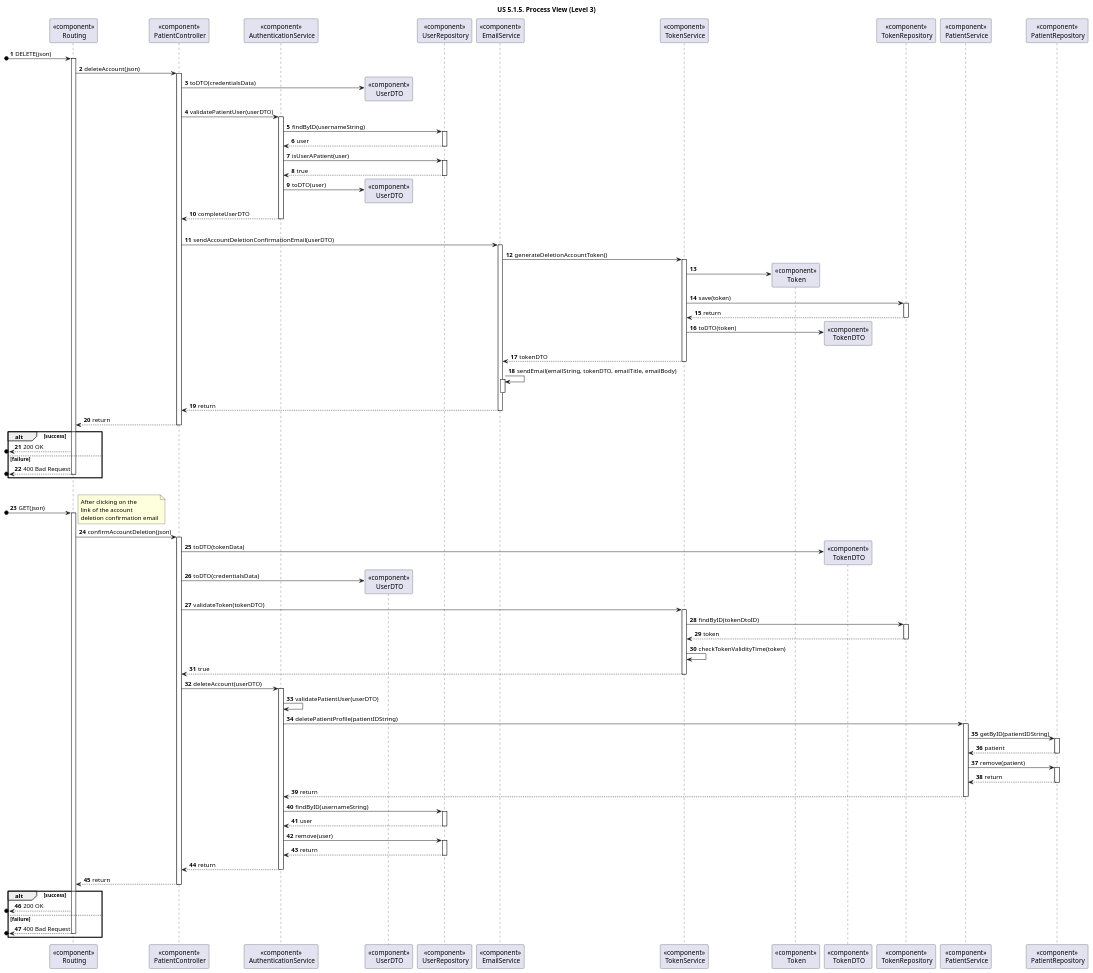
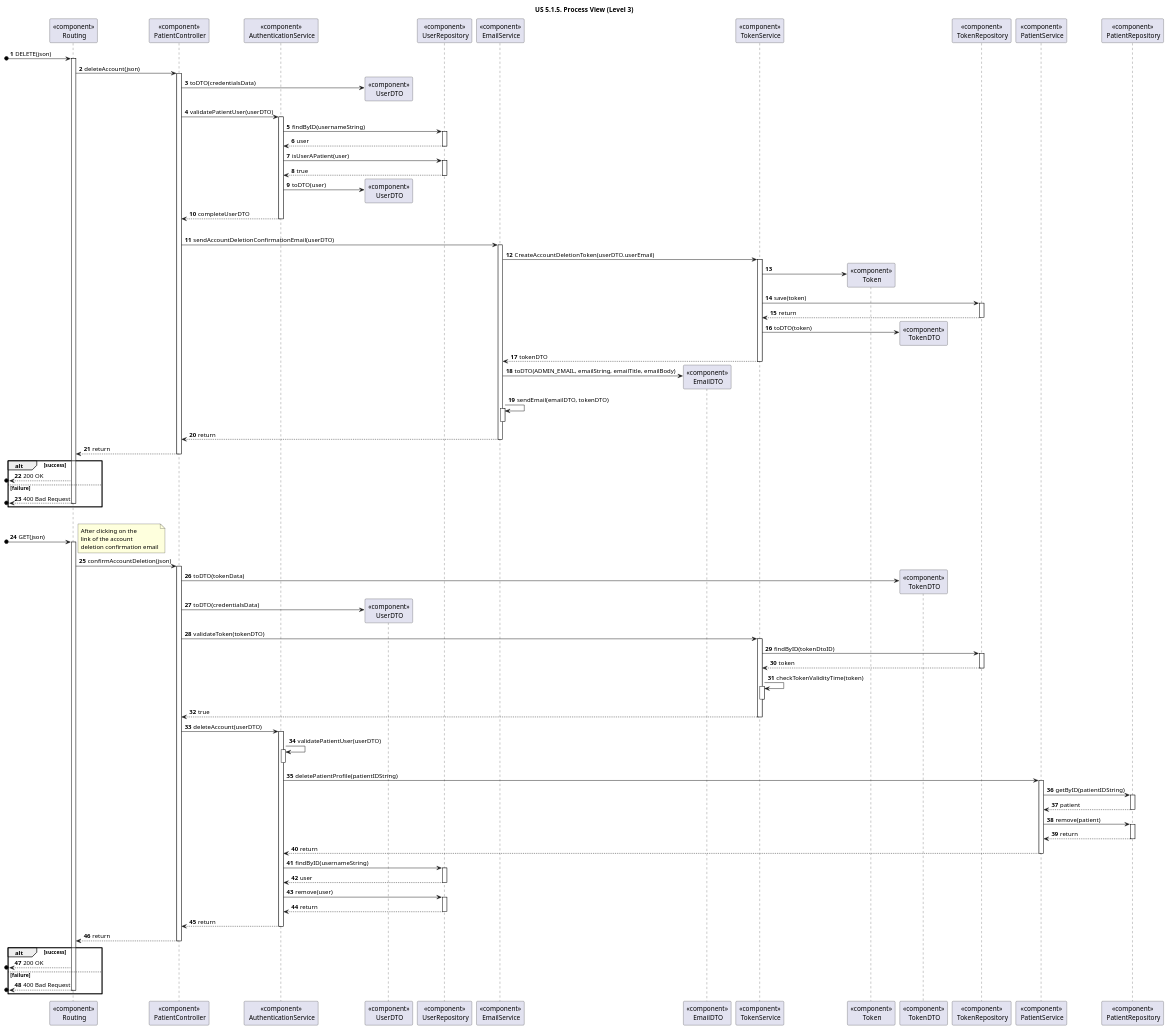
The diagram in docs/sprint-1/1220683/us-5.1.5/diagrams/Process_View/Level-3/us5-process-view-lvl3.puml (rita-barbosa/LAPR5-2425), drawn with PlantUML before and after one commit. The commit also changed 2 other files, not shown here.

Commit message:
DG38-4 | docs: diagrams corrections

```diff
--- a/docs/sprint-1/1220683/us-5.1.5/diagrams/Process_View/Level-3/us5-process-view-lvl3.puml
+++ b/docs/sprint-1/1220683/us-5.1.5/diagrams/Process_View/Level-3/us5-process-view-lvl3.puml
@@ -1,184 +1,192 @@
 @startuml
 'https://plantuml.com/sequence-diagram
 
 title "US 5.1.5. Process View (Level 3)"
 
 autonumber
 
 participant "<<component>>\n Routing" as ROUTE
 participant "<<component>>\n PatientController" as CONTROL
 
 participant "<<component>>\n AuthenticationService" as AUTHServ
 
 participant "<<component>>\n UserDTO" as UserDTO
 
 participant "<<component>>\n UserRepository" as AUTHRepo
 
 participant "<<component>>\n EmailService" as EMAILServ
+participant "<<component>>\n EmailDTO" as EmailDTO
 
 participant "<<component>>\n TokenService" as TOKENServ
 participant "<<component>>\n Token" as TOKEN
 participant "<<component>>\n TokenDTO" as TokenDTO
 participant "<<component>>\n TokenRepository" as TOKENRepo
 
 participant "<<component>>\n PatientService" as PATIENTServ
 participant "<<component>>\n PatientRepository" as PATIENTRepo
 
 
 [o-> ROUTE : DELETE(json)
 activate ROUTE
 
 ROUTE -> CONTROL : deleteAccount(json)
 activate CONTROL
 
 CONTROL -> UserDTO** : toDTO(credentialsData)
 
 CONTROL -> AUTHServ : validatePatientUser(userDTO)
 activate AUTHServ
+
 
 AUTHServ -> AUTHRepo : findByID(usernameString)
 activate AUTHRepo
 
 
 AUTHRepo --> AUTHServ : user
 deactivate AUTHRepo
 
 AUTHServ -> AUTHRepo : isUserAPatient(user)
 activate AUTHRepo
 
 AUTHRepo --> AUTHServ : true
 deactivate AUTHRepo
 
 AUTHServ -> UserDTO ** : toDTO(user)
 
 AUTHServ --> CONTROL : completeUserDTO
 deactivate AUTHServ
 
 |||
 'SENDING EMAIL
 
 CONTROL -> EMAILServ : sendAccountDeletionConfirmationEmail(userDTO)
 activate EMAILServ
 
-EMAILServ -> TOKENServ : generateDeletionAccountToken()
+EMAILServ -> TOKENServ : CreateAccountDeletionToken(userDTO.userEmail)
 activate TOKENServ
 
 TOKENServ -> TOKEN **
 
 TOKENServ -> TOKENRepo : save(token)
 activate TOKENRepo
 
 
 TOKENRepo --> TOKENServ : return
 deactivate TOKENRepo
 
 TOKENServ -> TokenDTO ** : toDTO(token)
 
 TOKENServ --> EMAILServ : tokenDTO
 deactivate TOKENServ
 
-EMAILServ -> EMAILServ : sendEmail(emailString, tokenDTO, emailTitle, emailBody)
+EMAILServ -> EmailDTO ** : toDTO(ADMIN_EMAIL, emailString, emailTitle, emailBody)
+
+EMAILServ -> EMAILServ : sendEmail(emailDTO, tokenDTO)
 activate EMAILServ
 deactivate EMAILServ
 
 
 EMAILServ --> CONTROL : return
 deactivate EMAILServ
 
 CONTROL --> ROUTE : return
 deactivate CONTROL
 
 alt success
 [o<-- ROUTE : 200 OK
 
 else failure
 
 [o<-- ROUTE : 400 Bad Request
 deactivate ROUTE
 end alt
 
 |||
 
 'CONFIRMATION
 
 [o-> ROUTE : GET(json)
 note left
 After clicking on the
 link of the account
 deletion confirmation email
 end note
 activate ROUTE
 
 ROUTE -> CONTROL : confirmAccountDeletion(json)
 activate CONTROL
 
 CONTROL -> TokenDTO ** : toDTO(tokenData)
 CONTROL -> UserDTO ** : toDTO(credentialsData)
 
 CONTROL -> TOKENServ : validateToken(tokenDTO)
 activate TOKENServ
 
 TOKENServ -> TOKENRepo : findByID(tokenDtoID)
 activate TOKENRepo
 
 TOKENRepo --> TOKENServ : token
 deactivate TOKENRepo
 
 TOKENServ -> TOKENServ : checkTokenValidityTime(token)
+activate TOKENServ
+deactivate TOKENServ
 
 TOKENServ --> CONTROL : true
 deactivate TOKENServ
 
 CONTROL -> AUTHServ : deleteAccount(userDTO)
 activate AUTHServ
 
 AUTHServ -> AUTHServ : validatePatientUser(userDTO)
+activate AUTHServ
+deactivate AUTHServ
 
 AUTHServ -> PATIENTServ : deletePatientProfile(patientIDString)
 activate PATIENTServ
 
 PATIENTServ -> PATIENTRepo : getByID(patientIDString)
 activate PATIENTRepo
 
 PATIENTRepo --> PATIENTServ : patient
 deactivate PATIENTRepo
 
 PATIENTServ -> PATIENTRepo : remove(patient)
 activate PATIENTRepo
 
 
 PATIENTRepo --> PATIENTServ : return
 deactivate PATIENTRepo
 
 PATIENTServ --> AUTHServ : return
 deactivate PATIENTServ
 
 AUTHServ -> AUTHRepo :  findByID(usernameString)
 activate AUTHRepo
 
 AUTHRepo --> AUTHServ : user
 deactivate AUTHRepo
 
 AUTHServ -> AUTHRepo : remove(user)
 activate AUTHRepo
 
 
 AUTHRepo --> AUTHServ : return
 deactivate AUTHRepo
 
 AUTHServ --> CONTROL : return
 deactivate AUTHServ
 
 CONTROL --> ROUTE : return
 deactivate CONTROL
 
 alt success
 [o<-- ROUTE : 200 OK
 
 else failure
 
 [o<-- ROUTE : 400 Bad Request
 deactivate ROUTE
 end alt
 
 @enduml
```
